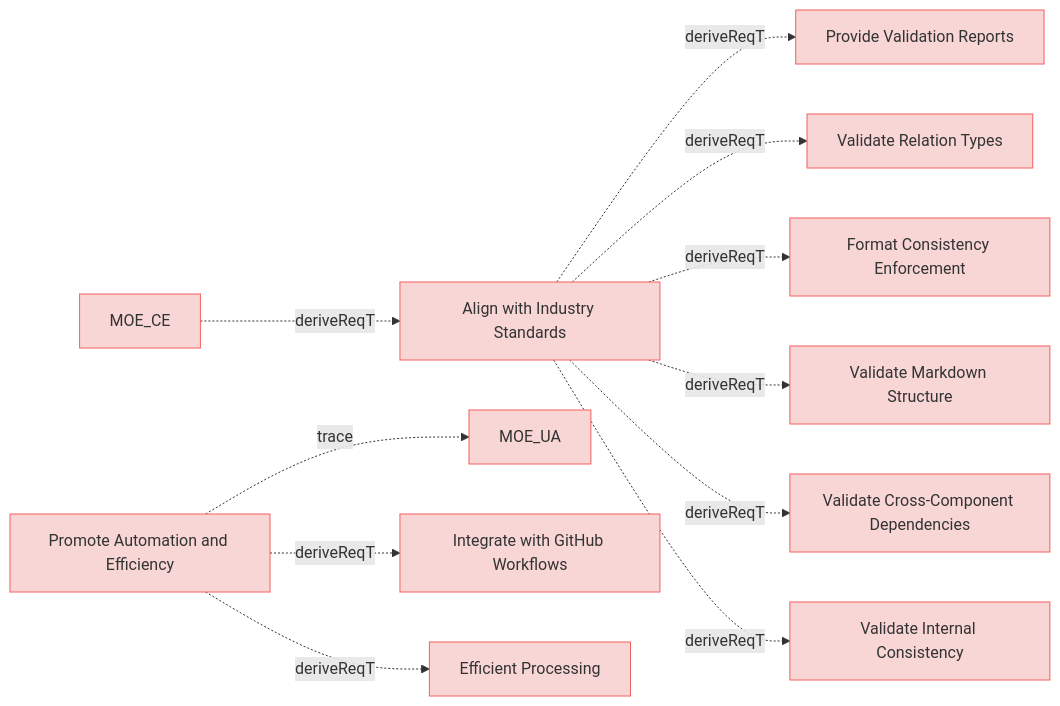
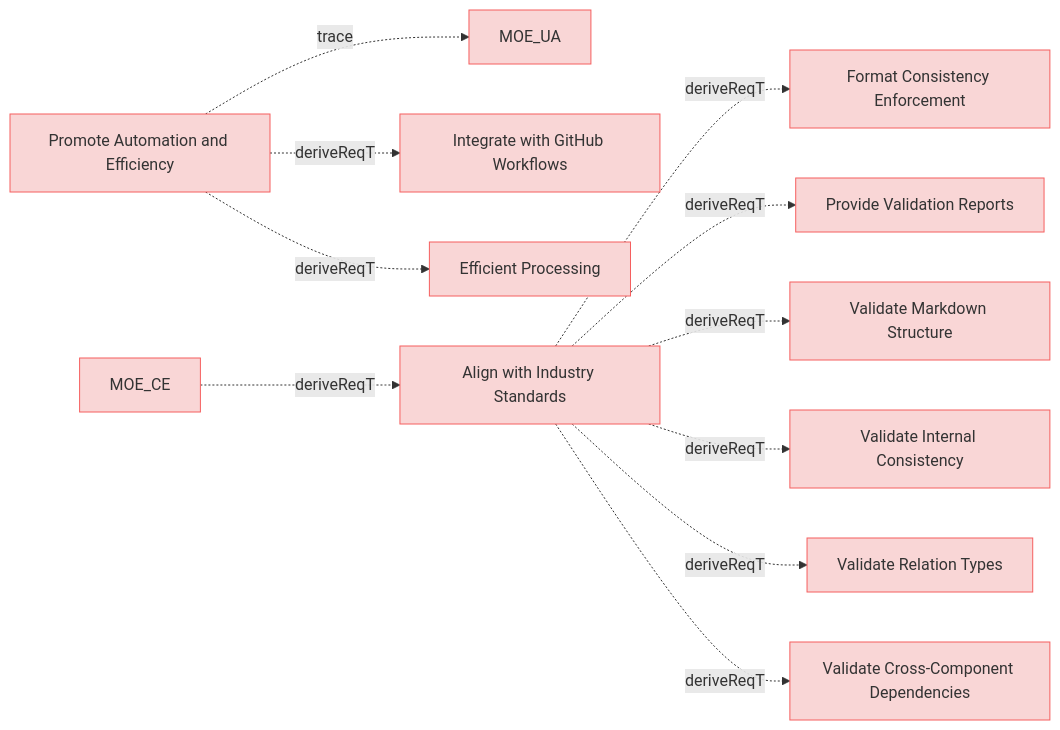
One commit to reqvire-org/reqvire changed the diagram in specifications/MissionRequirements.md. Above: the diagram before and after it, drawn with Mermaid. The commit also changed other lines of this file and 81 other files, not shown here.

````diff
--- a/specifications/MissionRequirements.md
+++ b/specifications/MissionRequirements.md
@@ -5,56 +5,56 @@
 ```mermaid
 graph LR;
   %% REQVIRE-AUTOGENERATED-DIAGRAM
   %% Graph styling
   classDef userRequirement fill:#f9d6d6,stroke:#f55f5f,stroke-width:1px;
   classDef systemRequirement fill:#fce4e4,stroke:#e68a8a,stroke-width:1px;
   classDef verification fill:#d6f9d6,stroke:#5fd75f,stroke-width:1px;
   classDef default fill:#f5f5f5,stroke:#333333,stroke-width:1px;
 
-  b74eec7ed767e7c["Align with Industry Standards"];
-  class b74eec7ed767e7c userRequirement;
-  click b74eec7ed767e7c "MissionRequirements.md#align-with-industry-standards";
-  ed31b6bed1cde2f8["Provide Validation Reports"];
-  class ed31b6bed1cde2f8 userRequirement;
-  click ed31b6bed1cde2f8 "UserRequirements.md#provide-validation-reports";
-  b74eec7ed767e7c -.->|deriveReqT| ed31b6bed1cde2f8;
-  f25cbfbca6d6d92e["Validate Relation Types"];
-  class f25cbfbca6d6d92e userRequirement;
-  click f25cbfbca6d6d92e "UserRequirements.md#validate-relation-types";
-  b74eec7ed767e7c -.->|deriveReqT| f25cbfbca6d6d92e;
-  974ccf933675ef44["Format Consistency Enforcement"];
-  class 974ccf933675ef44 userRequirement;
-  click 974ccf933675ef44 "UserRequirements.md#format-consistency-enforcement";
-  b74eec7ed767e7c -.->|deriveReqT| 974ccf933675ef44;
-  586b073cd97908da["Validate Markdown Structure"];
-  class 586b073cd97908da userRequirement;
-  click 586b073cd97908da "UserRequirements.md#validate-markdown-structure";
-  b74eec7ed767e7c -.->|deriveReqT| 586b073cd97908da;
-  3bd9d29239564eeb["Validate Cross-Component Dependencies"];
-  class 3bd9d29239564eeb userRequirement;
-  click 3bd9d29239564eeb "UserRequirements.md#validate-cross-component-dependencies";
-  b74eec7ed767e7c -.->|deriveReqT| 3bd9d29239564eeb;
-  c50887ce89be280a["Validate Internal Consistency"];
-  class c50887ce89be280a userRequirement;
-  click c50887ce89be280a "UserRequirements.md#validate-internal-consistency";
-  b74eec7ed767e7c -.->|deriveReqT| c50887ce89be280a;
   80166c5161b33956["Promote Automation and Efficiency"];
   class 80166c5161b33956 userRequirement;
   click 80166c5161b33956 "MissionRequirements.md#promote-automation-and-efficiency";
   2c5f30f14e792200["MOE_UA"];
   class 2c5f30f14e792200 userRequirement;
   click 2c5f30f14e792200 "MOEs.md#moe_ua";
   80166c5161b33956 -.->|trace| 2c5f30f14e792200;
   98eaeddc27f99e11["Integrate with GitHub Workflows"];
   class 98eaeddc27f99e11 userRequirement;
   click 98eaeddc27f99e11 "UserStories.md#integrate-with-github-workflows";
   80166c5161b33956 -.->|deriveReqT| 98eaeddc27f99e11;
   d193d11c43776bec["Efficient Processing"];
   class d193d11c43776bec userRequirement;
   click d193d11c43776bec "ManagingMbseModelsRequirements.md#efficient-processing";
   80166c5161b33956 -.->|deriveReqT| d193d11c43776bec;
+  b74eec7ed767e7c["Align with Industry Standards"];
+  class b74eec7ed767e7c userRequirement;
+  click b74eec7ed767e7c "MissionRequirements.md#align-with-industry-standards";
+  974ccf933675ef44["Format Consistency Enforcement"];
+  class 974ccf933675ef44 userRequirement;
+  click 974ccf933675ef44 "UserRequirements.md#format-consistency-enforcement";
+  b74eec7ed767e7c -.->|deriveReqT| 974ccf933675ef44;
+  ed31b6bed1cde2f8["Provide Validation Reports"];
+  class ed31b6bed1cde2f8 userRequirement;
+  click ed31b6bed1cde2f8 "UserRequirements.md#provide-validation-reports";
+  b74eec7ed767e7c -.->|deriveReqT| ed31b6bed1cde2f8;
+  586b073cd97908da["Validate Markdown Structure"];
+  class 586b073cd97908da userRequirement;
+  click 586b073cd97908da "UserRequirements.md#validate-markdown-structure";
+  b74eec7ed767e7c -.->|deriveReqT| 586b073cd97908da;
+  c50887ce89be280a["Validate Internal Consistency"];
+  class c50887ce89be280a userRequirement;
+  click c50887ce89be280a "UserRequirements.md#validate-internal-consistency";
+  b74eec7ed767e7c -.->|deriveReqT| c50887ce89be280a;
+  f25cbfbca6d6d92e["Validate Relation Types"];
+  class f25cbfbca6d6d92e userRequirement;
+  click f25cbfbca6d6d92e "UserRequirements.md#validate-relation-types";
+  b74eec7ed767e7c -.->|deriveReqT| f25cbfbca6d6d92e;
+  3bd9d29239564eeb["Validate Cross-Component Dependencies"];
+  class 3bd9d29239564eeb userRequirement;
+  click 3bd9d29239564eeb "UserRequirements.md#validate-cross-component-dependencies";
+  b74eec7ed767e7c -.->|deriveReqT| 3bd9d29239564eeb;
   e9ad540a6411a0fc["MOE_CE"];
   class e9ad540a6411a0fc userRequirement;
   click e9ad540a6411a0fc "MOEs.md#moe_ce";
   e9ad540a6411a0fc -.->|deriveReqT| b74eec7ed767e7c;
 ```
````
